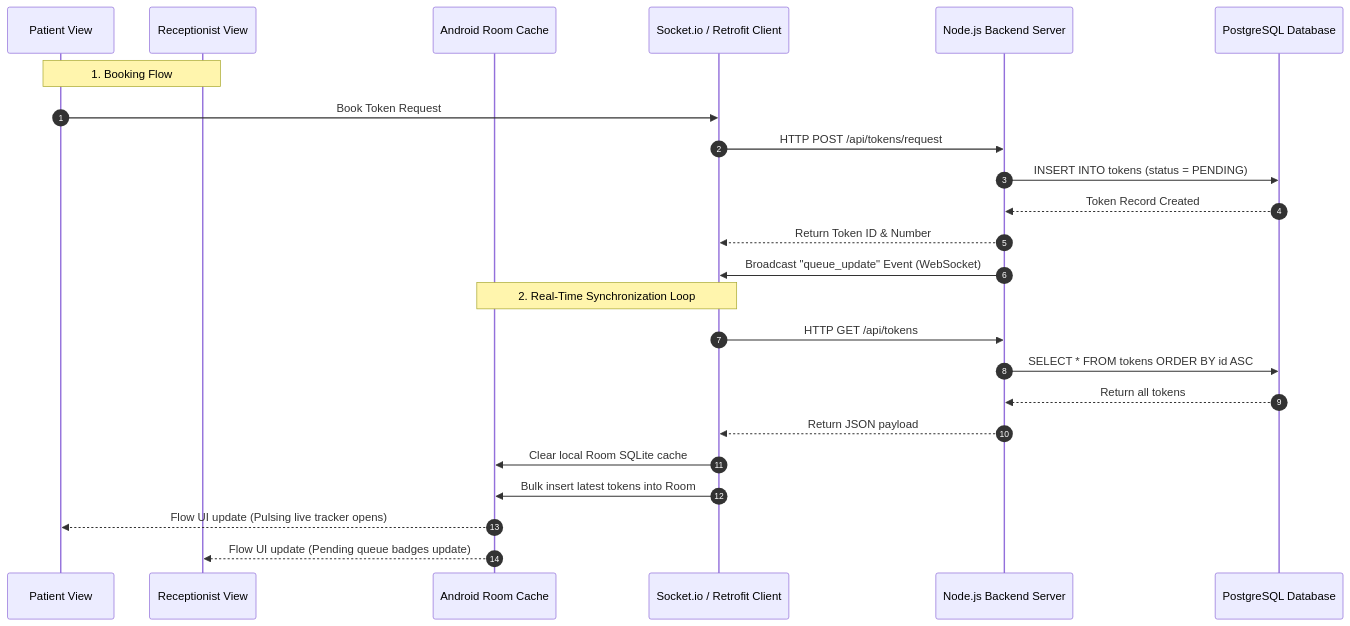
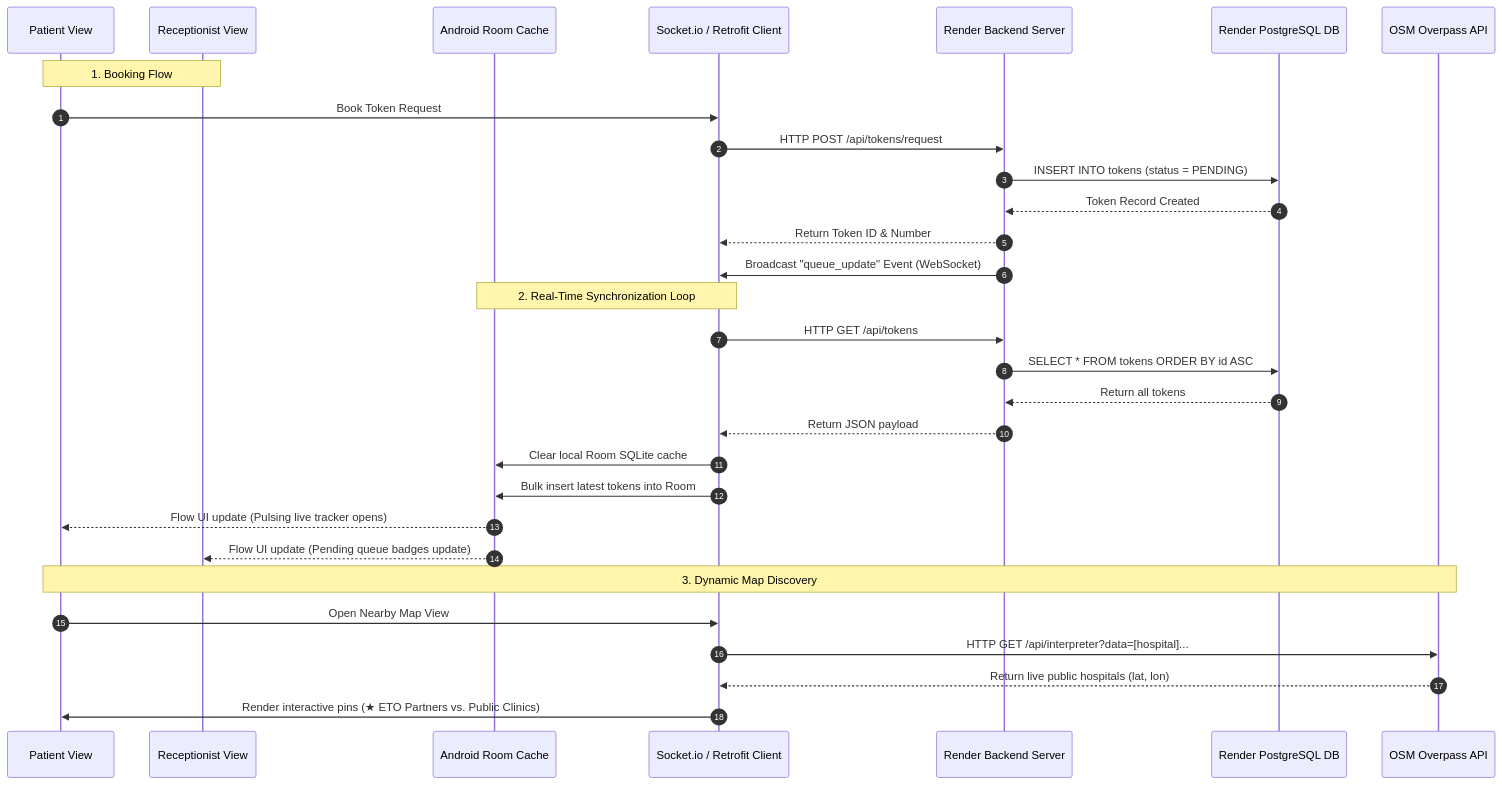
One commit to KarthickRaghul/ETO---E-Token-System changed the diagram in README.md. Above: the diagram before and after it, drawn with Mermaid. The commit also changed other lines of this file, not shown here.

Commit message:
Update README.md with live endpoints, OSM architecture, and seed credentials

````diff
--- a/README.md
+++ b/README.md
@@ -15,28 +15,35 @@
 ```mermaid
 sequenceDiagram
     autonumber
     participant Patient as Patient View
     participant Receptionist as Receptionist View
     participant Android as Android Room Cache
     participant ApiClient as Socket.io / Retrofit Client
-    participant Server as Node.js Backend Server
-    participant Postgres as PostgreSQL Database
+    participant Server as Render Backend Server
+    participant Postgres as Render PostgreSQL DB
+    participant OSM as OSM Overpass API
 
     Note over Patient, Receptionist: 1. Booking Flow
     Patient->>ApiClient: Book Token Request
     ApiClient->>Server: HTTP POST /api/tokens/request
     Server->>Postgres: INSERT INTO tokens (status = PENDING)
     Postgres-->>Server: Token Record Created
     Server-->>ApiClient: Return Token ID & Number
     Server->>ApiClient: Broadcast "queue_update" Event (WebSocket)
 
     Note over ApiClient, Android: 2. Real-Time Synchronization Loop
     ApiClient->>Server: HTTP GET /api/tokens
     Server->>Postgres: SELECT * FROM tokens ORDER BY id ASC
     Postgres-->>Server: Return all tokens
     Server-->>ApiClient: Return JSON payload
     ApiClient->>Android: Clear local Room SQLite cache
     ApiClient->>Android: Bulk insert latest tokens into Room
     Android-->>Patient: Flow UI update (Pulsing live tracker opens)
     Android-->>Receptionist: Flow UI update (Pending queue badges update)
+
+    Note over Patient, OSM: 3. Dynamic Map Discovery
+    Patient->>ApiClient: Open Nearby Map View
+    ApiClient->>OSM: HTTP GET /api/interpreter?data=[hospital]...
+    OSM-->>ApiClient: Return live public hospitals (lat, lon)
+    ApiClient->>Patient: Render interactive pins (★ ETO Partners vs. Public Clinics)
 ```
````
